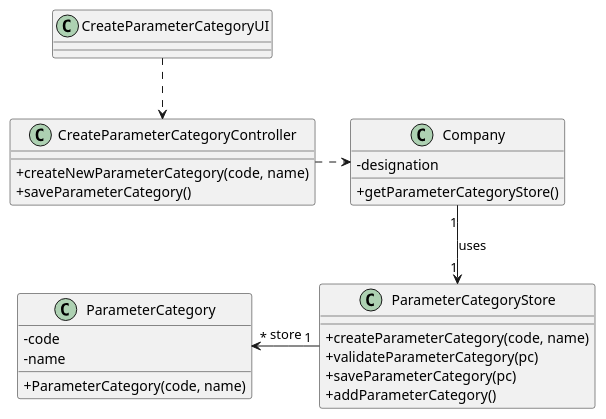
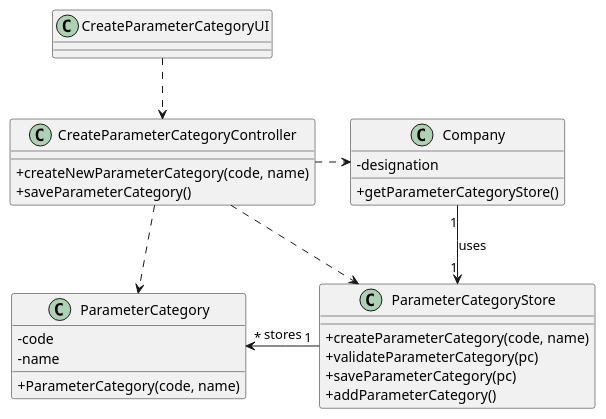
One commit to GuilhermeCunha79/lapr2 changed the diagram in docs/SprintC/US11/UC11_CD.puml. Above: the diagram before and after it, drawn with PlantUML. The commit also changed 22 other files, not shown here.

Commit message:
[US-10] Improvements to the US-10 documentation diagrams and code [US-11] Improvements to the US-11 documentation, diagrams and code [Fixes] Removed connection between UI and domain Layer in US-10 functionalities.

```diff
--- a/docs/SprintC/US11/UC11_CD.puml
+++ b/docs/SprintC/US11/UC11_CD.puml
@@ -1,36 +1,37 @@
 @startuml
 skinparam classAttributeIconSize 0
 
 class CreateParameterCategoryUI{
 }
 
 class CreateParameterCategoryController
 {
     +createNewParameterCategory(code, name)
     +saveParameterCategory()
 }
 
 class ParameterCategory{
     -code
     -name
     +ParameterCategory(code, name)
 }
 
 class Company{
 	-designation
 	+getParameterCategoryStore()
 }
 
 class ParameterCategoryStore{
     +createParameterCategory(code, name)
     +validateParameterCategory(pc)
     +saveParameterCategory(pc)
     +addParameterCategory()
 }
 
 CreateParameterCategoryUI ..> CreateParameterCategoryController
 CreateParameterCategoryController .right.> Company
 Company"1" --> "1"ParameterCategoryStore : uses
-ParameterCategoryStore"1" -left-> "*"ParameterCategory : store
-
+ParameterCategoryStore"1" -left-> "*"ParameterCategory : stores
+CreateParameterCategoryController ..> ParameterCategory
+CreateParameterCategoryController ..> ParameterCategoryStore
 @enduml
```
